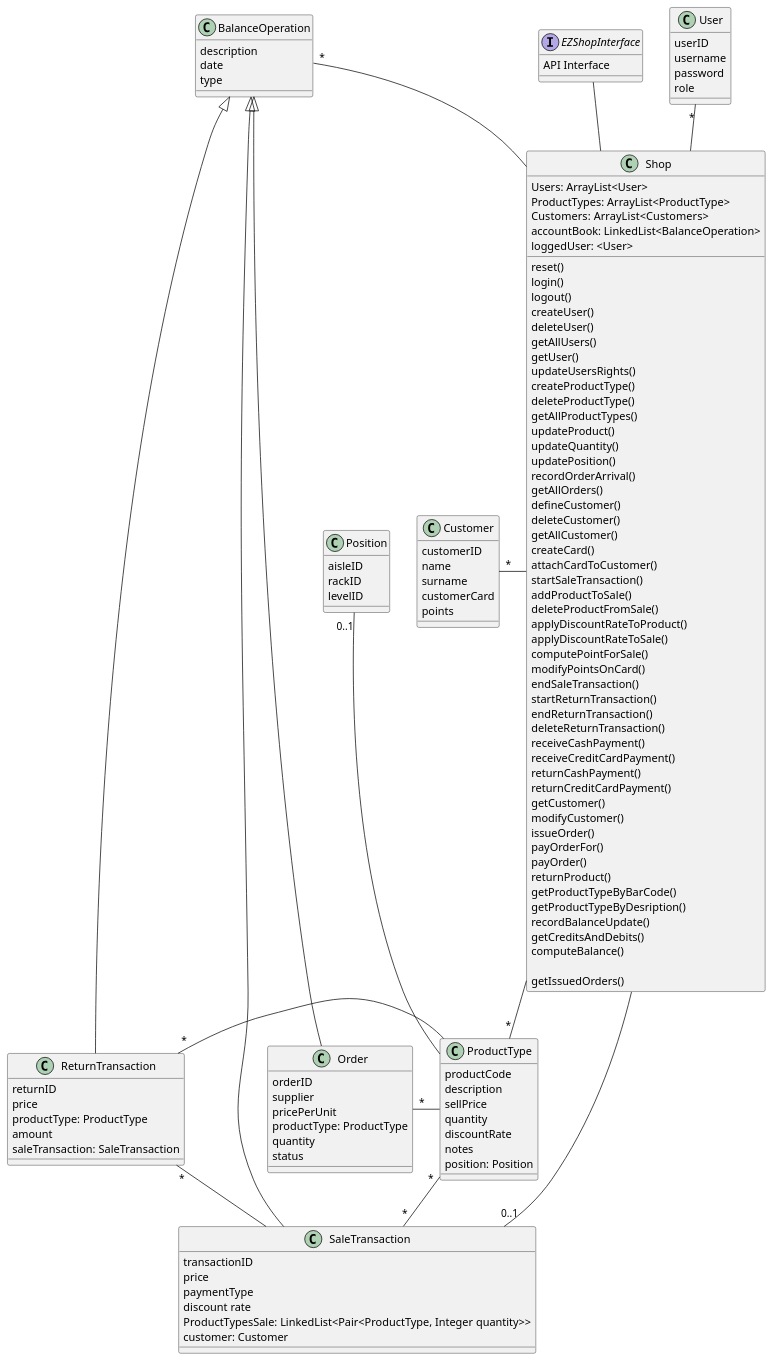
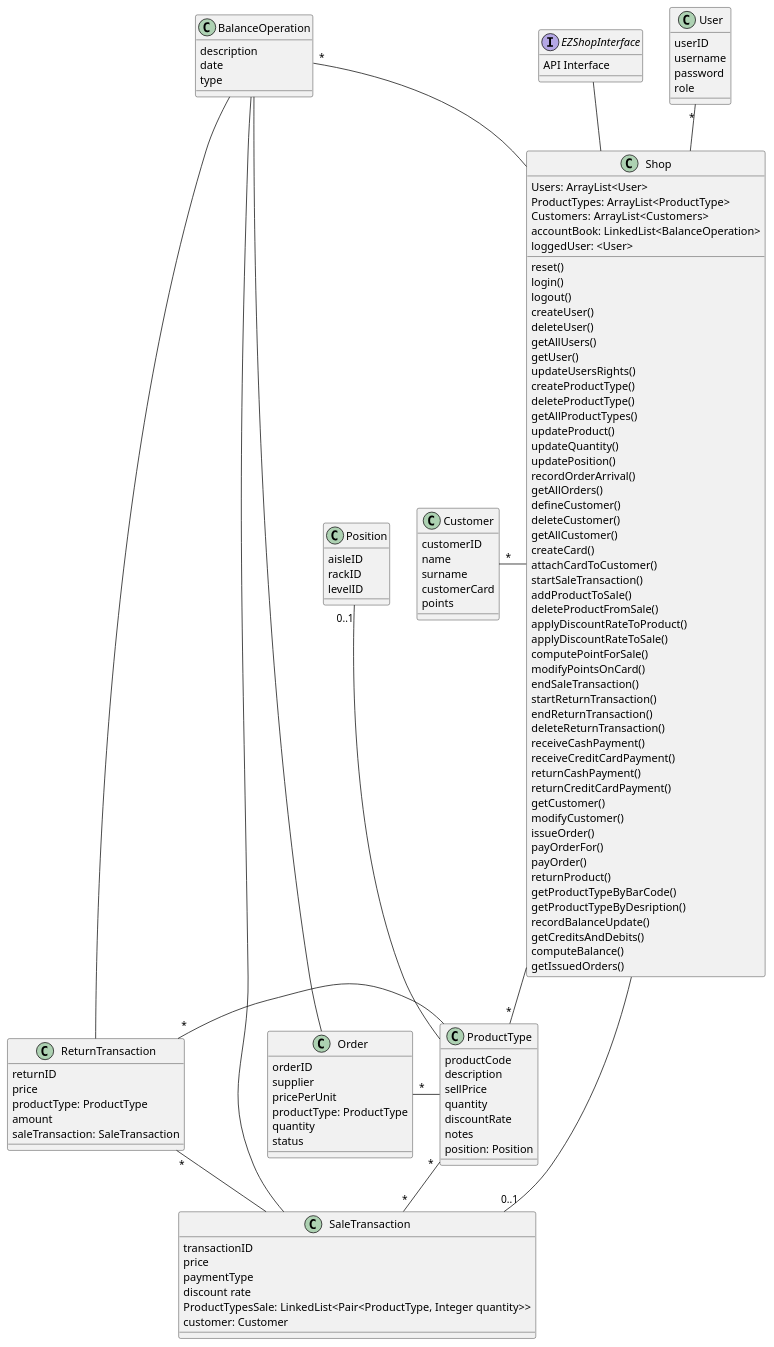
One commit to b3xul/ezshop changed the third of 19 diagrams in Deliverables/DesignDocument.md. Above: the diagram before and after it, drawn with PlantUML. The commit also changed other lines of this file, not shown here.

```diff
--- a/Deliverables/DesignDocument.md
+++ b/Deliverables/DesignDocument.md
@@ -169,7 +154,6 @@
     recordBalanceUpdate()
     getCreditsAndDebits()
     computeBalance()
-
     getIssuedOrders()
 }
 class User{
@@ -243,11 +227,11 @@
 ProductType "*" -down- "*" SaleTransaction
 
 SaleTransaction -left- "*" ReturnTransaction
-SaleTransaction -up-|> BalanceOperation
+SaleTransaction -up- BalanceOperation
 SaleTransaction "0..1" -up-  Shop
 
-ReturnTransaction -up-|> BalanceOperation
-Order -up-|> BalanceOperation
+ReturnTransaction -up- BalanceOperation
+Order -up- BalanceOperation
 Order "*" - ProductType
 ReturnTransaction "*" - ProductType
 
```
